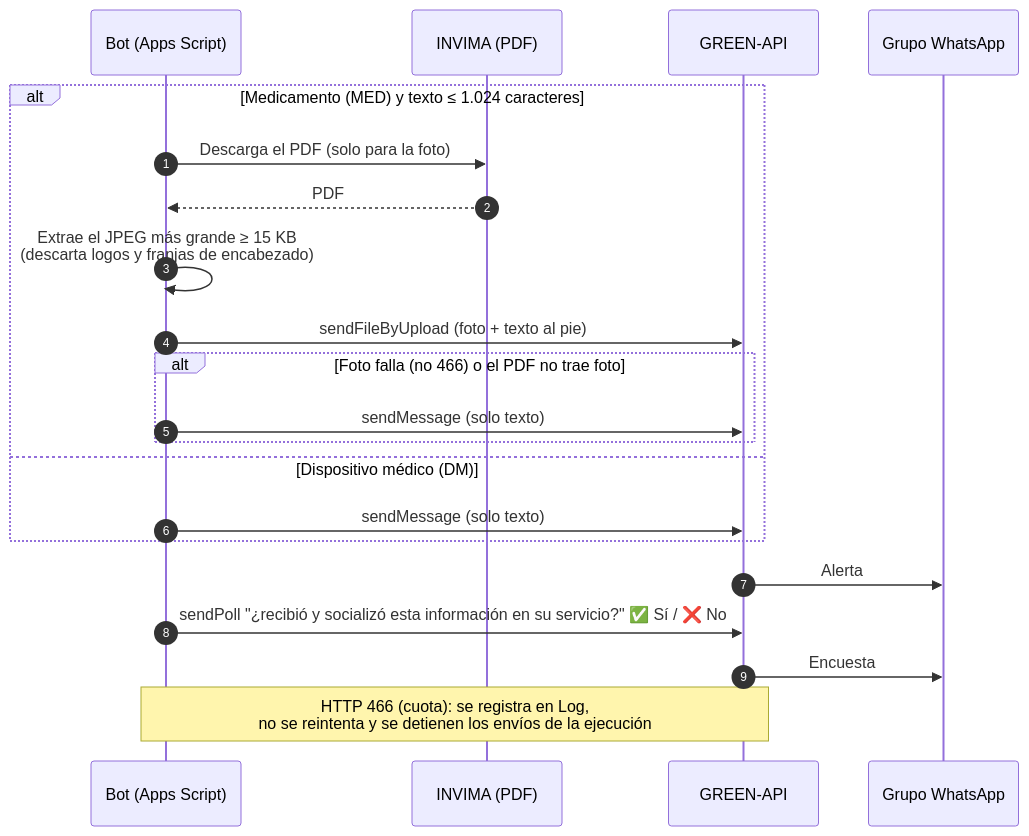
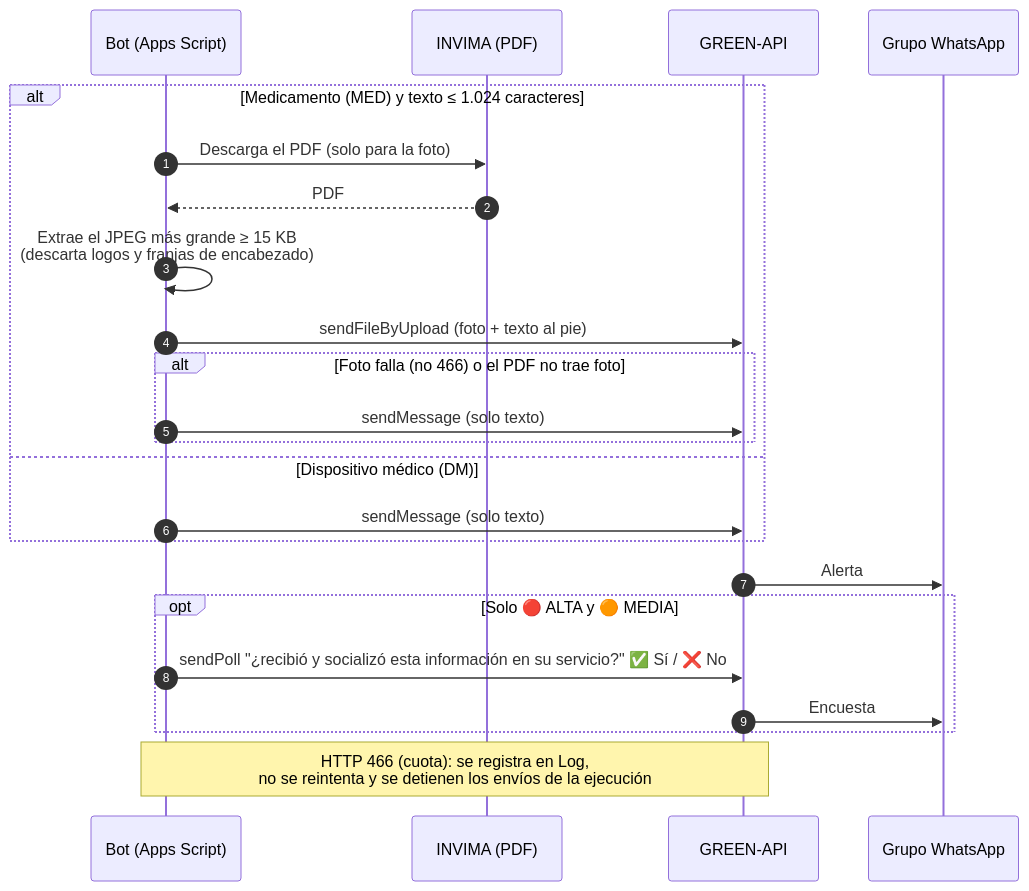
Before and after one commit to jsaavedran1-glitch/alertas-whatsapp-sanitarias-invima: the fourth of 5 diagrams in README.md, drawn with Mermaid. The commit also changed other lines of this file and 3 other files, not shown here.

````diff
--- a/README.md
+++ b/README.md
@@ -99,23 +97,25 @@
 ```mermaid
 sequenceDiagram
     autonumber
     participant B as Bot (Apps Script)
     participant I as INVIMA (PDF)
     participant G as GREEN-API
     participant W as Grupo WhatsApp
     alt Medicamento (MED) y texto ≤ 1.024 caracteres
         B->>I: Descarga el PDF (solo para la foto)
         I-->>B: PDF
         B->>B: Extrae el JPEG más grande ≥ 15 KB<br/>(descarta logos y franjas de encabezado)
         B->>G: sendFileByUpload (foto + texto al pie)
         alt Foto falla (no 466) o el PDF no trae foto
             B->>G: sendMessage (solo texto)
         end
     else Dispositivo médico (DM)
         B->>G: sendMessage (solo texto)
     end
     G->>W: Alerta
-    B->>G: sendPoll "¿recibió y socializó esta información en su servicio?" ✅ Sí / ❌ No
-    G->>W: Encuesta
+    opt Solo 🔴 ALTA y 🟠 MEDIA
+        B->>G: sendPoll "¿recibió y socializó esta información en su servicio?" ✅ Sí / ❌ No
+        G->>W: Encuesta
+    end
     Note over B,G: HTTP 466 (cuota): se registra en Log,<br/>no se reintenta y se detienen los envíos de la ejecución
 ```
````
